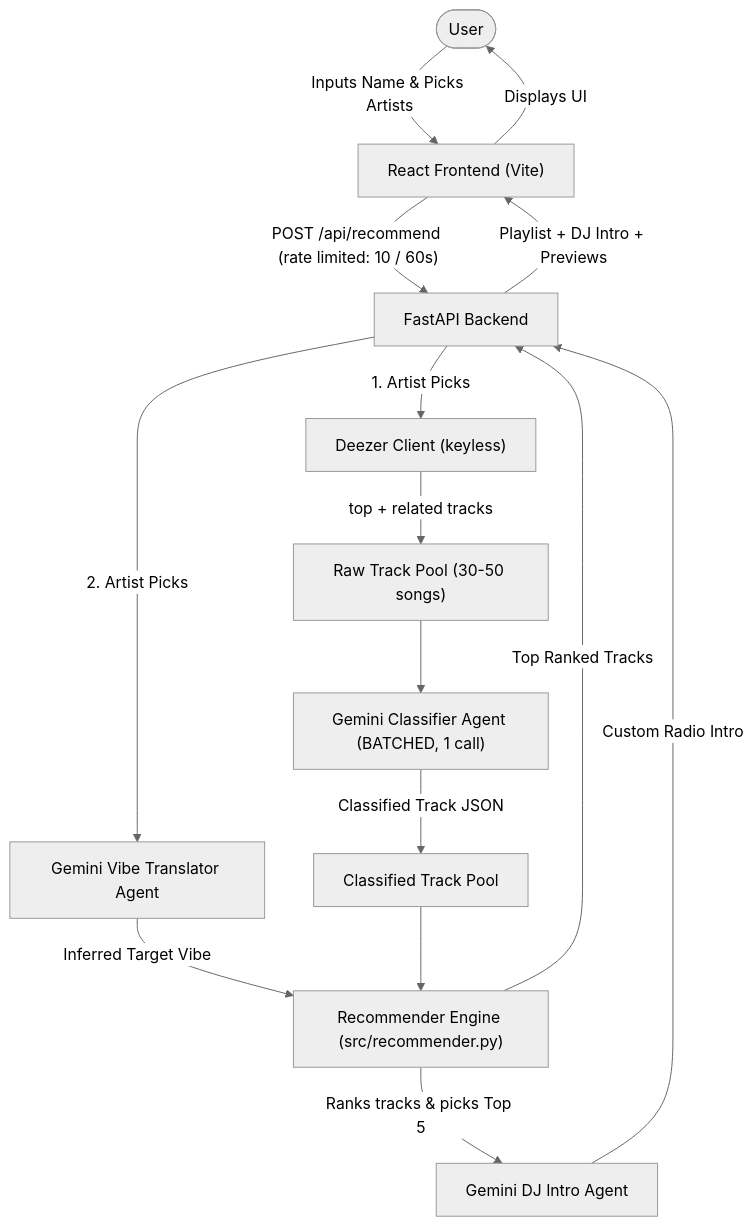
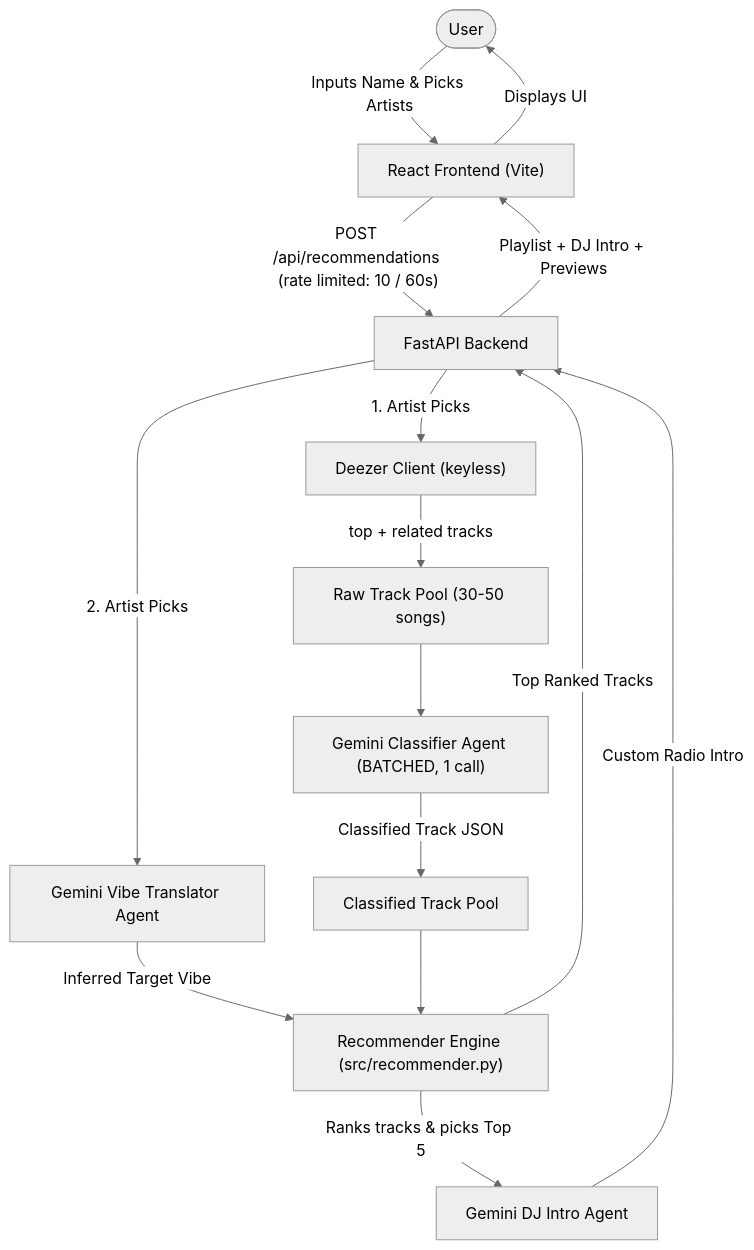
The diagram in assets/diagrams/architecture.mmd (Of-Arte/VibeFinder2.0), drawn with Mermaid (neutral theme) before and after one commit. The commit also changed 8 other files, not shown here.

```diff
--- a/assets/diagrams/architecture.mmd
+++ b/assets/diagrams/architecture.mmd
@@ -1,20 +1,20 @@
 graph TD
     User([User]) -->|Inputs Name & Picks Artists| React["React Frontend (Vite)"]
-    React -->|"POST /api/recommend (rate limited: 10 / 60s)"| FastAPI["FastAPI Backend"]
+    React -->|"POST /api/recommendations (rate limited: 10 / 60s)"| FastAPI["FastAPI Backend"]
 
     FastAPI -->|1. Artist Picks| Fetcher["Deezer Client (keyless)"]
     Fetcher -->|top + related tracks| RawPool["Raw Track Pool (30-50 songs)"]
 
     RawPool --> GeminiClass["Gemini Classifier Agent (BATCHED, 1 call)"]
     GeminiClass -->|Classified Track JSON| ScorablePool["Classified Track Pool"]
 
     FastAPI -->|2. Artist Picks| GeminiVibe["Gemini Vibe Translator Agent"]
     GeminiVibe -->|Inferred Target Vibe| Scoring["Recommender Engine (src/recommender.py)"]
 
     ScorablePool --> Scoring
     Scoring -->|Ranks tracks & picks Top 5| GeminiDJ["Gemini DJ Intro Agent"]
     GeminiDJ -->|Custom Radio Intro| FastAPI
 
     Scoring -->|Top Ranked Tracks| FastAPI
     FastAPI -->|Playlist + DJ Intro + Previews| React
     React -->|Displays UI| User
```
